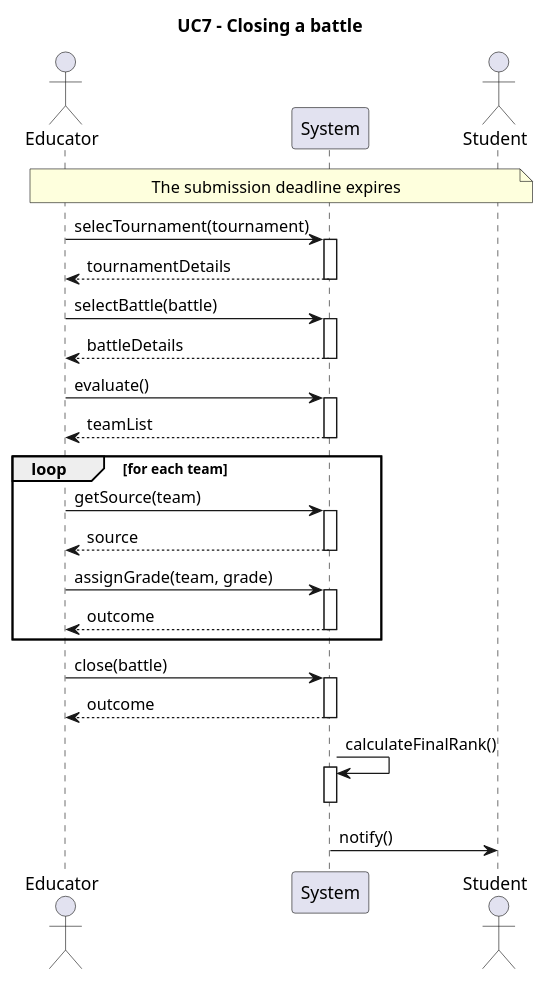
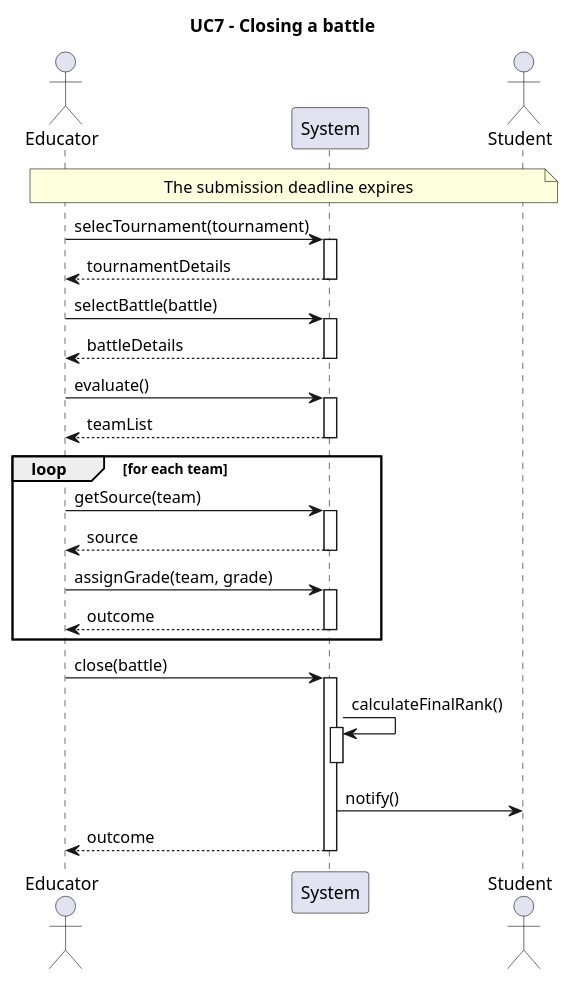
Before and after one commit to Furrrlo/CodeKataBattle: the diagram in rasd/puml/UC7.puml, drawn with PlantUML. The commit also changed 1 other file, not shown here.

Commit message:
Fix UC7 seq diagram close() returns after sending notification

```diff
--- a/rasd/puml/UC7.puml
+++ b/rasd/puml/UC7.puml
@@ -1,36 +1,35 @@
 @startuml UC7
 title UC7 - Closing a battle
 actor Educator
 participant System
 actor Student
 
 note across: The submission deadline expires
 
 Educator -> System ++ : selecTournament(tournament)
 Educator <-- System -- : tournamentDetails
 
 Educator -> System ++ : selectBattle(battle)
 Educator <-- System -- : battleDetails
 
 Educator -> System ++ : evaluate()
 Educator <-- System -- : teamList
 
-
 loop for each team
     Educator -> System ++ : getSource(team)
     Educator <-- System -- : source
 
     Educator -> System ++ : assignGrade(team, grade)
     Educator <-- System -- : outcome
 end
 
 Educator -> System ++ : close(battle)
-Educator <-- System -- : outcome
-
 
 System -> System ++ : calculateFinalRank()
 deactivate System
 
 System -> Student: notify()
 
+Educator <-- System -- : outcome
+
 @enduml
```
